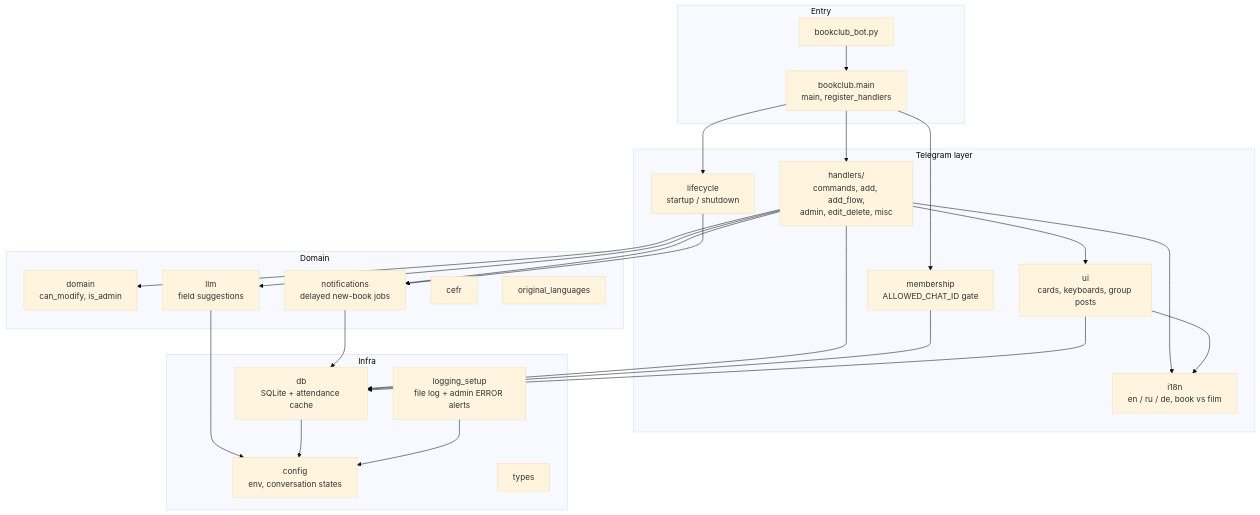
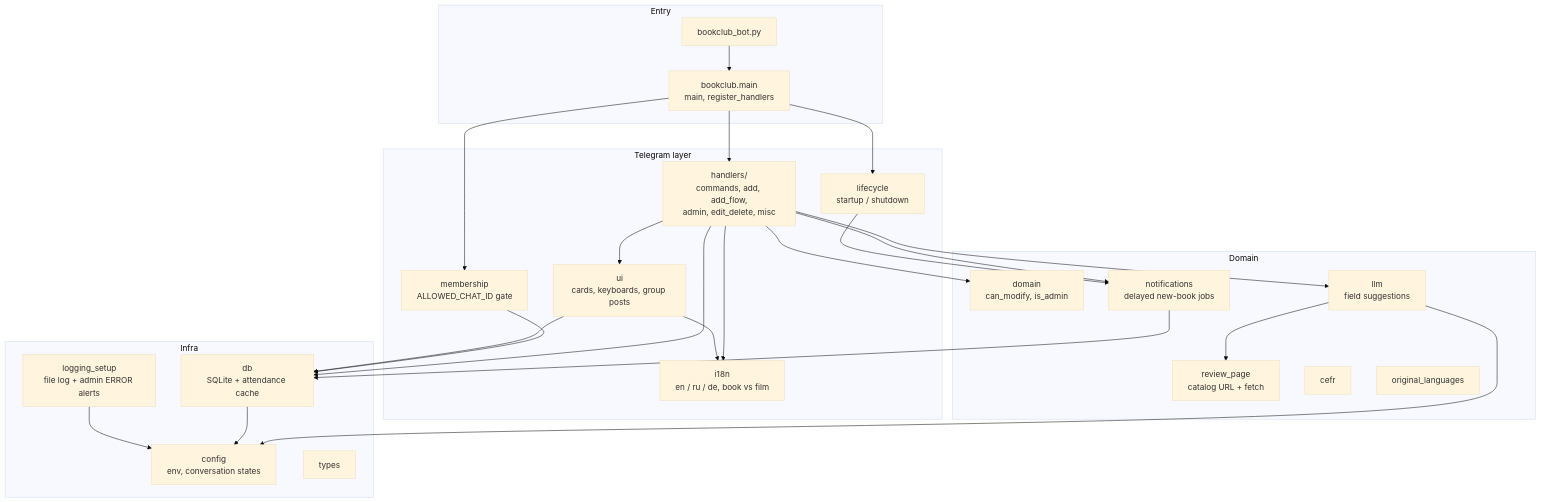
One commit to antmaxi/book-club-bot changed the second of 4 diagrams in docs/architecture.md. Above: the diagram before and after it, drawn with Mermaid (base theme). The commit also changed other lines of this file and 10 other files, not shown here.

First line of the commit message:
Confirm a real /add review URL first so later fields can be read from that page.

````diff
--- a/docs/architecture.md
+++ b/docs/architecture.md
@@ -35,49 +35,51 @@
 ```mermaid
 flowchart TB
   subgraph entry["Entry"]
     BOTPY["bookclub_bot.py"]
     MAIN["bookclub.main<br/>main, register_handlers"]
   end
 
   subgraph telegram["Telegram layer"]
     HANDLERS["handlers/<br/>commands, add, add_flow,<br/>admin, edit_delete, misc"]
     MEMBER["membership<br/>ALLOWED_CHAT_ID gate"]
     LIFE["lifecycle<br/>startup / shutdown"]
     UI["ui<br/>cards, keyboards, group posts"]
     I18N["i18n<br/>en / ru / de, book vs film"]
   end
 
   subgraph domain_layer["Domain"]
     DOMAIN["domain<br/>can_modify, is_admin"]
     NOTIFY["notifications<br/>delayed new-book jobs"]
     LLM["llm<br/>field suggestions"]
+    REVIEW["review_page<br/>catalog URL + fetch"]
     CEFR["cefr"]
     LANGS["original_languages"]
   end
 
   subgraph infra["Infra"]
     CFG["config<br/>env, conversation states"]
     DB["db<br/>SQLite + attendance cache"]
     LOGS["logging_setup<br/>file log + admin ERROR alerts"]
     TYPES["types"]
   end
 
   BOTPY --> MAIN
   MAIN --> HANDLERS
   MAIN --> MEMBER
   MAIN --> LIFE
   HANDLERS --> UI
   HANDLERS --> I18N
   HANDLERS --> DOMAIN
   HANDLERS --> NOTIFY
   HANDLERS --> LLM
   HANDLERS --> DB
+  LLM --> REVIEW
   MEMBER --> DB
   LIFE --> NOTIFY
   UI --> I18N
   UI --> DB
   NOTIFY --> DB
   LLM --> CFG
   DB --> CFG
   LOGS --> CFG
 ```
````
